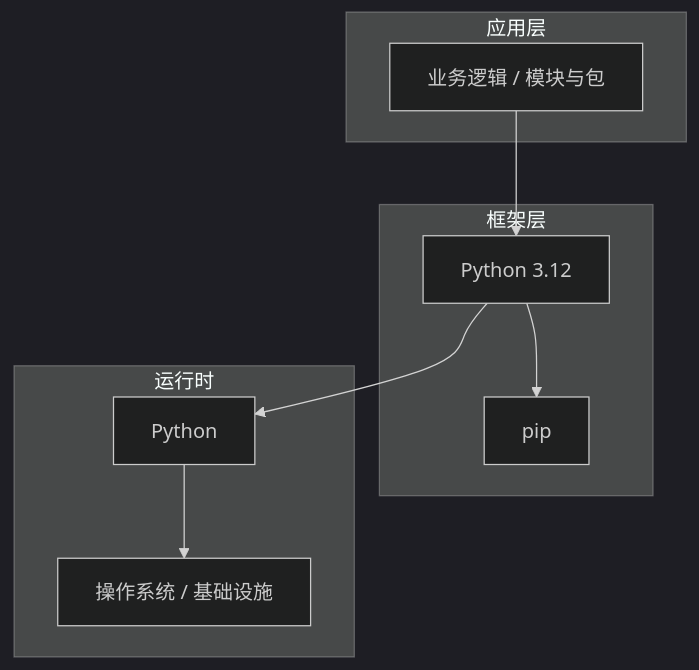
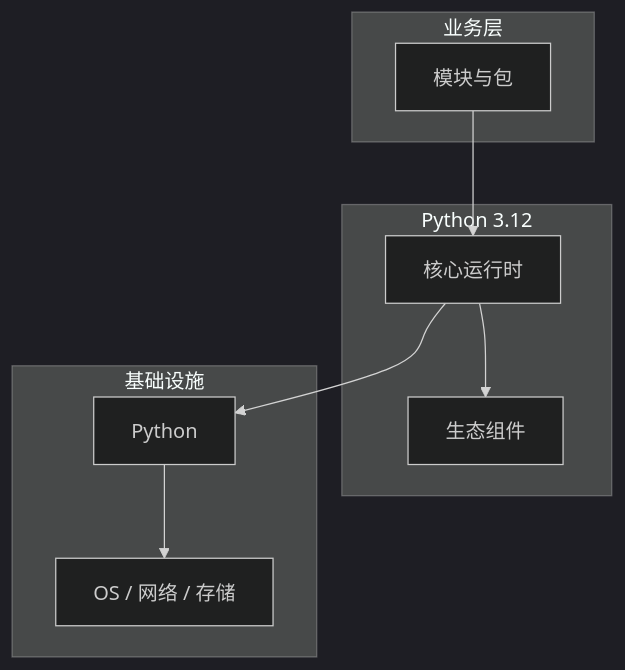
Before and after one commit to yanggan2015/knowledge-json-v2: the diagram in articles/Python核心/chapters/057-模块与包核心概念与原理.md, drawn with Mermaid (dark theme). The commit also changed other lines of this file and 10127 other files, not shown here.

````diff
--- a/articles/Python核心/chapters/057-模块与包核心概念与原理.md
+++ b/articles/Python核心/chapters/057-模块与包核心概念与原理.md
@@ -45,18 +34,18 @@
 ```mermaid
 graph TB
-    subgraph 应用层
-        A[业务逻辑 / 模块与包]
+    subgraph 业务层
+        A[模块与包]
     end
-    subgraph 框架层
-        B[Python 3.12]
-        C[pip]
+    subgraph Python 3.12
+        B[核心运行时]
+        C[生态组件]
     end
-    subgraph 运行时
+    subgraph 基础设施
         D[Python]
-        E[操作系统 / 基础设施]
+        E[OS / 网络 / 存储]
     end
     A --> B
     B --> C
     B --> D
     D --> E
 ```
````
